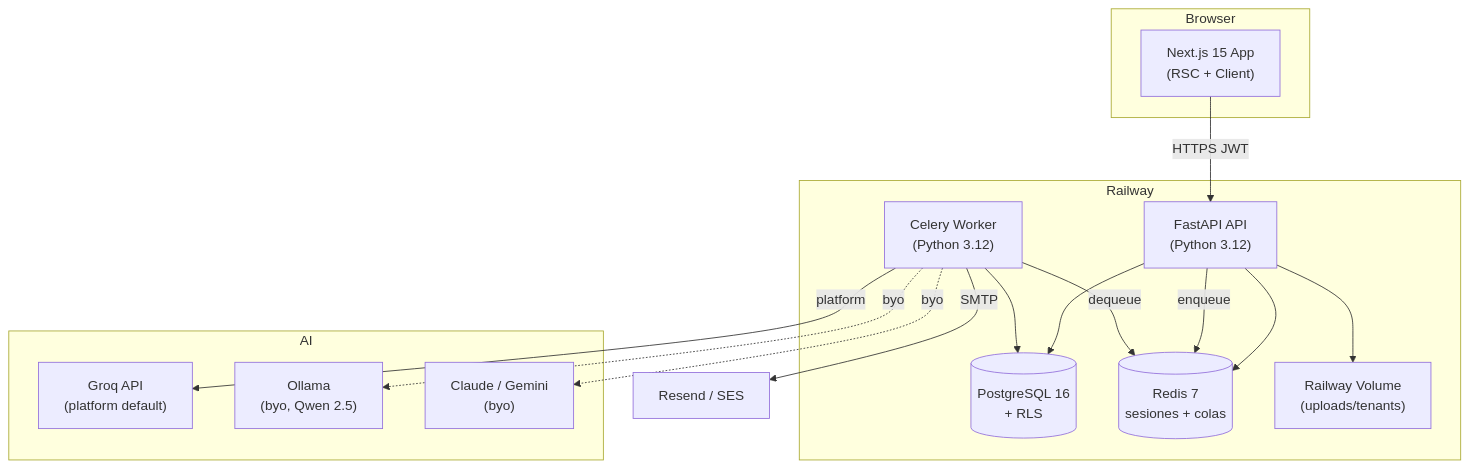
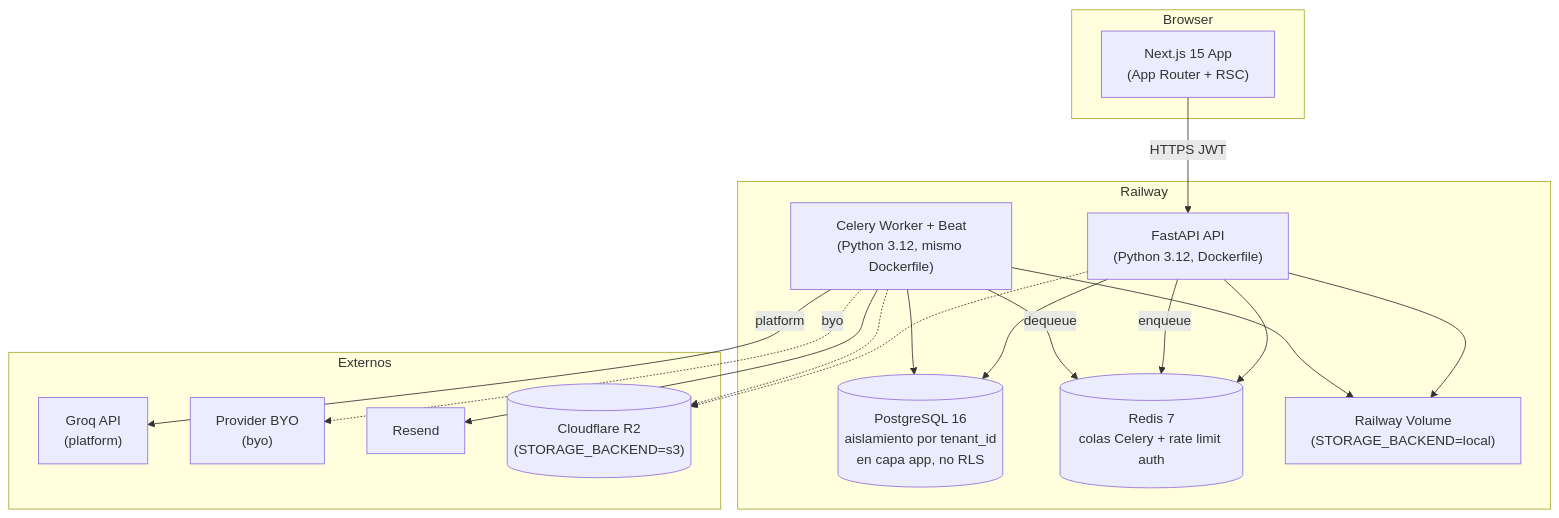
The second of 6 diagrams in docs/architecture/README.md (xguilxr/pmo_aas), drawn with Mermaid before and after one commit. The commit also changed other lines of this file and 6 other files, not shown here.

First line of the commit message:
docs(arch): reescribe architecture/ contra código real

````diff
--- a/docs/architecture/README.md
+++ b/docs/architecture/README.md
@@ -50,32 +54,35 @@
 ```mermaid
 flowchart TB
     subgraph Browser
-        WEB["Next.js 15 App<br/>(RSC + Client)"]
+        WEB["Next.js 15 App<br/>(App Router + RSC)"]
     end
 
     subgraph Railway
-        API["FastAPI API<br/>(Python 3.12)"]
-        WORKER["Celery Worker<br/>(Python 3.12)"]
-        DB[("PostgreSQL 16<br/>+ RLS")]
-        REDIS[("Redis 7<br/>sesiones + colas")]
-        STORAGE["Railway Volume<br/>(uploads/tenants)"]
+        API["FastAPI API<br/>(Python 3.12, Dockerfile)"]
+        WORKER["Celery Worker + Beat<br/>(Python 3.12, mismo Dockerfile)"]
+        DB[("PostgreSQL 16<br/>aislamiento por tenant_id<br/>en capa app, no RLS")]
+        REDIS[("Redis 7<br/>colas Celery + rate limit auth")]
+        VOL["Railway Volume<br/>(STORAGE_BACKEND=local)"]
     end
 
-    subgraph AI
-        GROQ["Groq API<br/>(platform default)"]
-        OLLAMA["Ollama<br/>(byo, Qwen 2.5)"]
-        CLAUDE["Claude / Gemini<br/>(byo)"]
+    subgraph "Externos"
+        GROQ["Groq API<br/>(platform)"]
+        BYO["Provider BYO<br/>(byo)"]
+        RESEND["Resend"]
+        R2[("Cloudflare R2<br/>(STORAGE_BACKEND=s3)")]
     end
 
     WEB -->|HTTPS JWT| API
     API --> DB
     API --> REDIS
-    API --> STORAGE
+    API --> VOL
+    API -.-> R2
     API -->|enqueue| REDIS
     WORKER -->|dequeue| REDIS
     WORKER --> DB
+    WORKER --> VOL
+    WORKER -.-> R2
     WORKER -->|platform| GROQ
-    WORKER -.->|byo| OLLAMA
-    WORKER -.->|byo| CLAUDE
-    WORKER -->|SMTP| SMTP["Resend / SES"]
+    WORKER -.->|byo| BYO
+    WORKER --> RESEND
 ```
````
